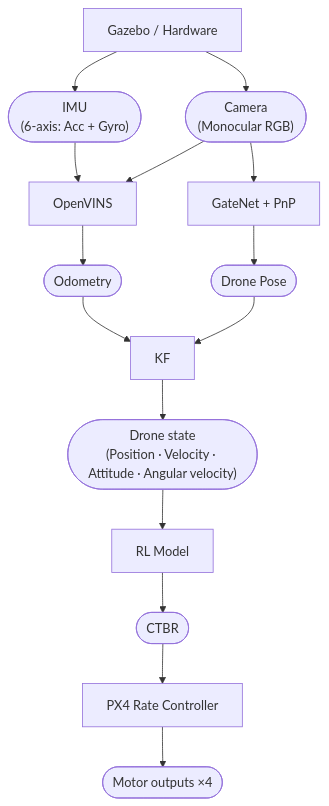
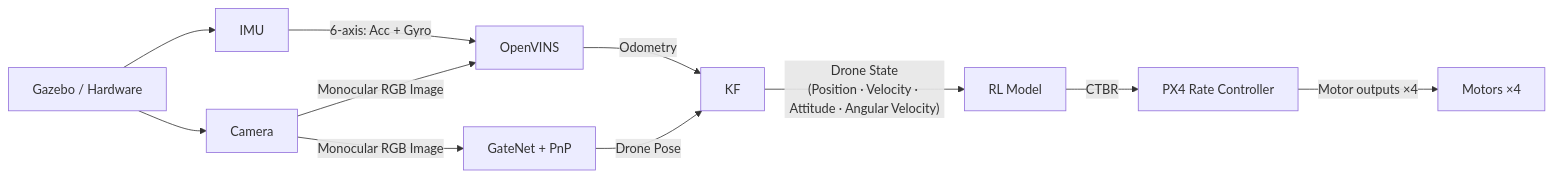
Before and after one commit to sungho2574/autonomous-drone-racing: the second of 2 diagrams in docs/diagram.md, drawn with Mermaid.

Commit message:
docs: update diagram

````diff
--- a/docs/diagram.md
+++ b/docs/diagram.md
@@ -14,22 +14,26 @@
 ```mermaid
-flowchart TB
+flowchart LR
     A["Gazebo / Hardware"]
-    A --> I(["IMU<br/>(6-axis: Acc + Gyro)"])
-    A --> C(["Camera<br/>(Monocular RGB)"])
+    I["IMU"]
+    C["Camera"]
+    O["OpenVINS"]
+    G["GateNet + PnP"]
+    K["KF"]
+    R["RL Model"]
+    P["PX4 Rate Controller"]
+    M["Motors ×4"]
 
-    I --> O["OpenVINS"]
-    C --> O
-    C --> G["GateNet + PnP"]
+    A --> I
+    A --> C
 
-    O --> OD(["Odometry"])
-    G --> GP(["Drone Pose"])
+    I -->|"6-axis: Acc + Gyro"| O
+    C -->|"Monocular RGB Image"| O
+    C -->|"Monocular RGB Image"| G
 
-    OD --> K["KF"]
-    GP --> K
+    O -->|"Odometry"| K
+    G -->|"Drone Pose"| K
 
-    K --> S(["Drone state<br/>(Position · Velocity · Attitude · Angular velocity)"])
-    S --> R["RL Model"]
-    R --> T(["CTBR"])
-    T --> P["PX4 Rate Controller"]
-    P --> M(["Motor outputs ×4"])
+    K -->|"Drone State<br/>(Position · Velocity · Attitude · Angular Velocity)"| R
+    R -->|"CTBR"| P
+    P -->|"Motor outputs ×4"| M
 ```
````
